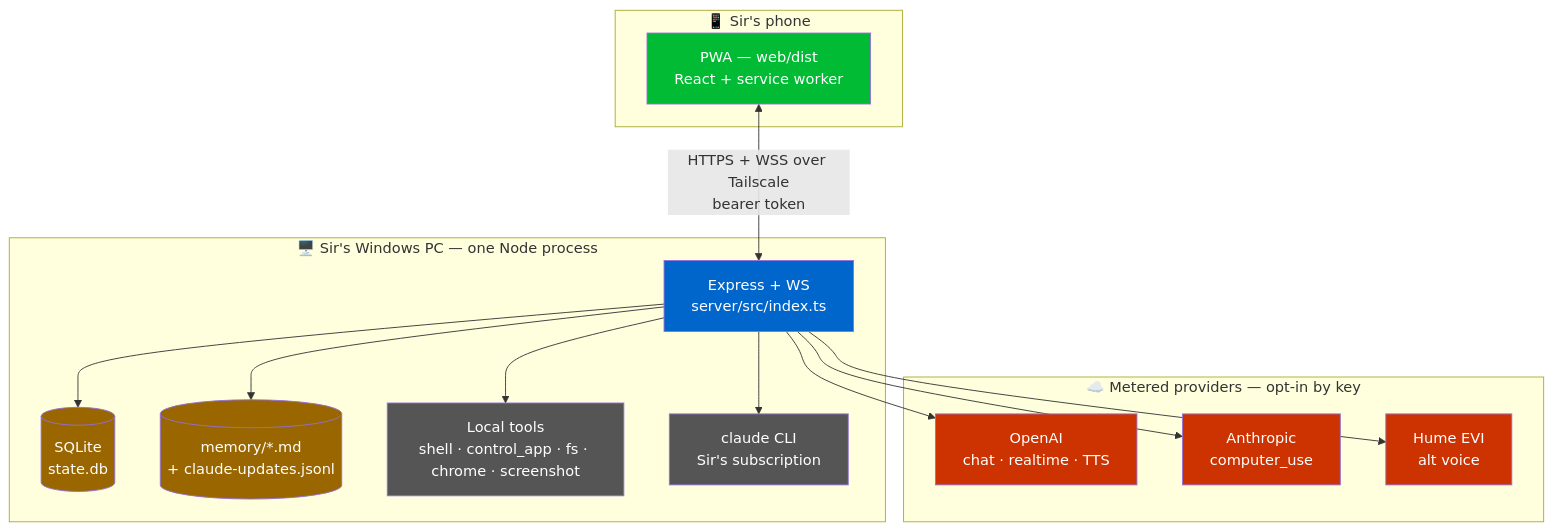
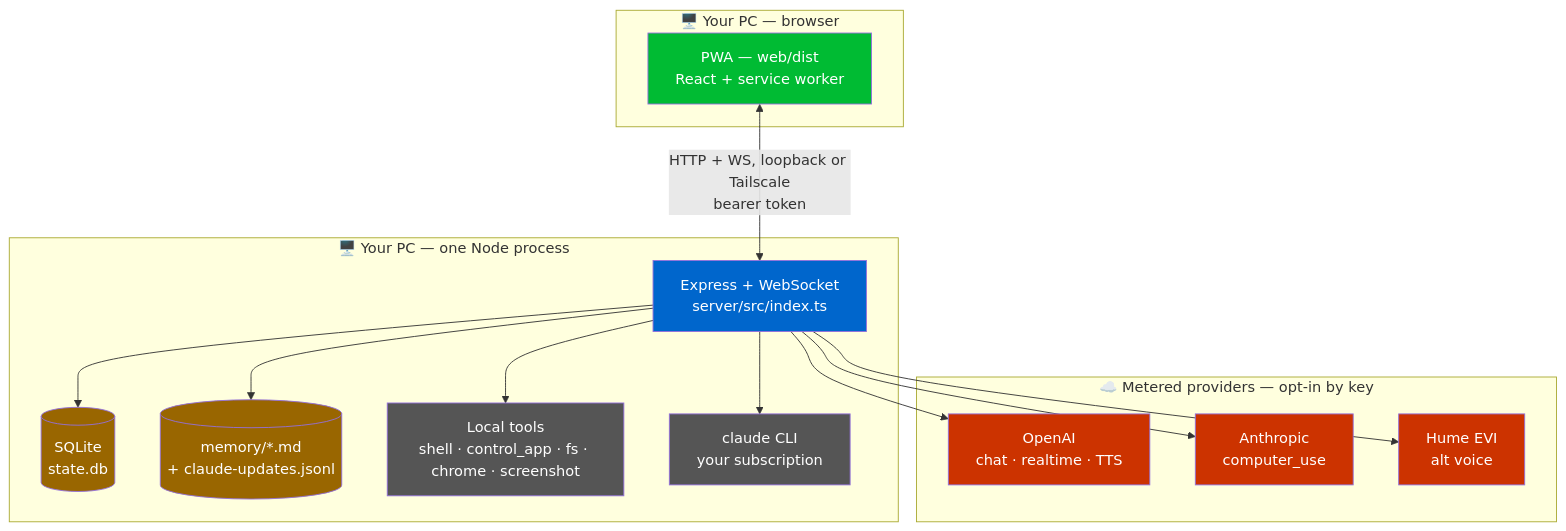
One commit to NikoloziGagua/AVA changed the second of 7 diagrams in docs/ARCHITECTURE.md. Above: the diagram before and after it, drawn with Mermaid. The commit also changed other lines of this file and 10 other files, not shown here.

````diff
--- a/docs/ARCHITECTURE.md
+++ b/docs/ARCHITECTURE.md
@@ -79,31 +81,31 @@
 ```mermaid
 flowchart TB
-  subgraph Phone["📱 Sir's phone"]
+  subgraph PCb["🖥️ Your PC — browser"]
     pwa[PWA — web/dist<br/>React + service worker]:::client
   end
-  subgraph PC["🖥️ Sir's Windows PC — one Node process"]
-    express[Express + WS<br/>server/src/index.ts]:::server
+  subgraph PC["🖥️ Your PC — one Node process"]
+    express[Express + WebSocket<br/>server/src/index.ts]:::server
     db[(SQLite<br/>state.db)]:::data
     mem[(memory/*.md<br/>+ claude-updates.jsonl)]:::data
     tools[Local tools<br/>shell · control_app · fs · chrome · screenshot]:::tool
-    claudecli[claude CLI<br/>Sir's subscription]:::tool
+    claudecli[claude CLI<br/>your subscription]:::tool
   end
   subgraph Cloud["☁️ Metered providers — opt-in by key"]
     openai[OpenAI<br/>chat · realtime · TTS]:::paid
     anthropic[Anthropic<br/>computer_use]:::paid
     hume[Hume EVI<br/>alt voice]:::paid
   end
-  pwa <-->|HTTPS + WSS over Tailscale<br/>bearer token| express
+  pwa <-->|HTTP + WS, loopback or Tailscale<br/>bearer token| express
   express --> db
   express --> mem
   express --> tools
   express --> claudecli
   express --> openai
   express --> anthropic
   express --> hume
   classDef client fill:#0b3,color:#fff
   classDef server fill:#06c,color:#fff
   classDef tool fill:#555,color:#fff
   classDef paid fill:#c30,color:#fff
   classDef data fill:#960,color:#fff
 ```
````
